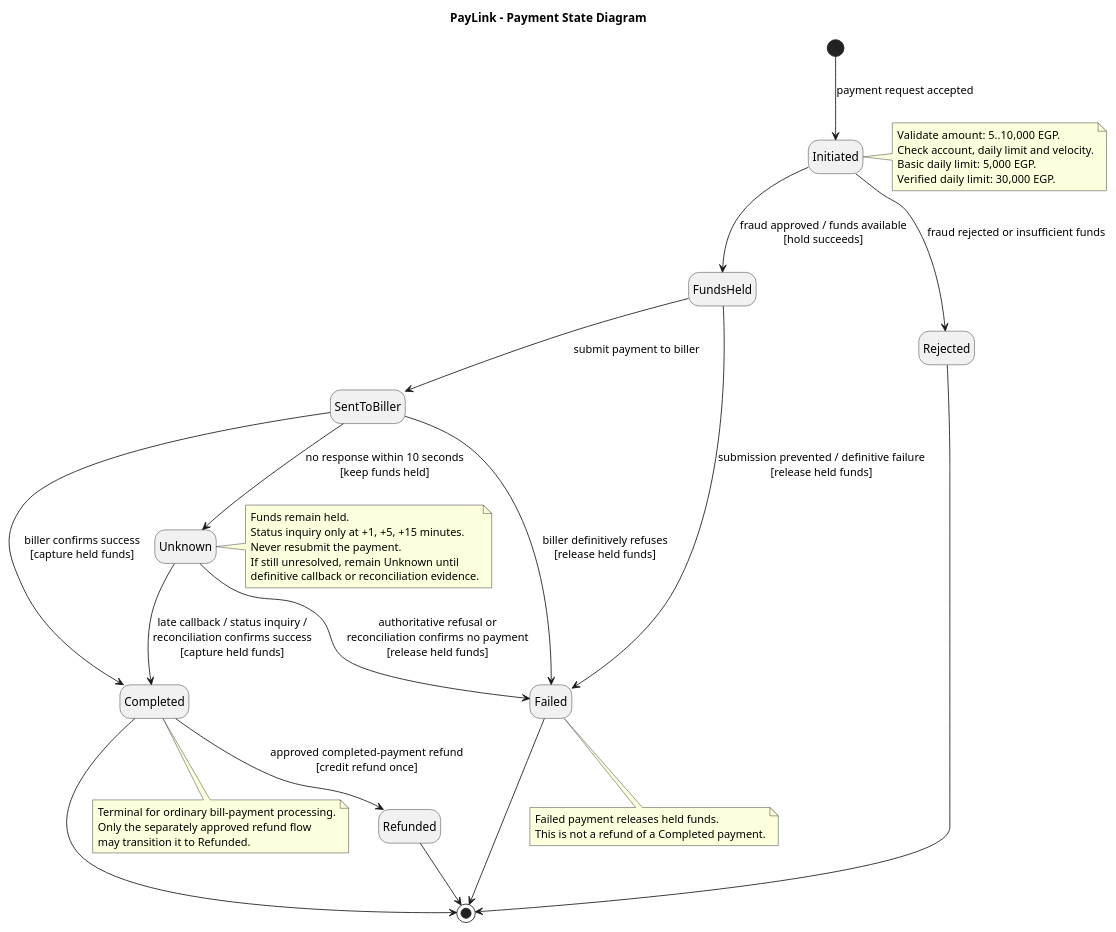
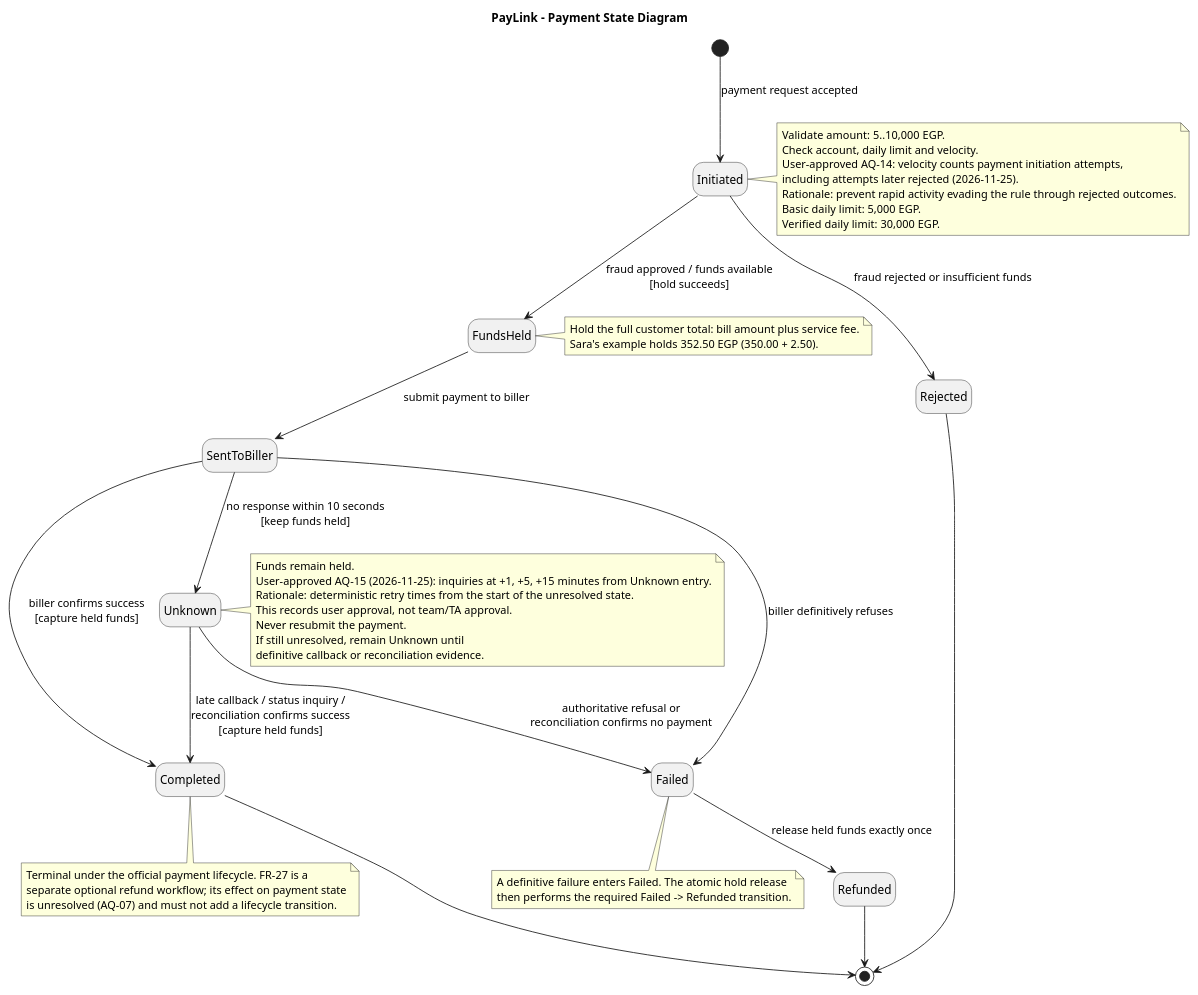
One commit to ahmed4khaled/PayLink changed the diagram in docs/design/payment-state.puml. Above: the diagram before and after it, drawn with PlantUML. The commit also changed 14 other files, not shown here.

```diff
--- a/docs/design/payment-state.puml
+++ b/docs/design/payment-state.puml
@@ -1,63 +1,70 @@
 @startuml
 title PayLink - Payment State Diagram
 skinparam shadowing false
 hide empty description
 
 [*] --> Initiated : payment request accepted
 
 state Initiated
 state FundsHeld
 state SentToBiller
 state Unknown
 state Failed
 state Completed
 state Rejected
 state Refunded
 
 Initiated --> FundsHeld : fraud approved / funds available\n[hold succeeds]
 Initiated --> Rejected : fraud rejected or insufficient funds
 
 FundsHeld --> SentToBiller : submit payment to biller
-FundsHeld --> Failed : submission prevented / definitive failure\n[release held funds]
 
 SentToBiller --> Completed : biller confirms success\n[capture held funds]
-SentToBiller --> Failed : biller definitively refuses\n[release held funds]
+SentToBiller --> Failed : biller definitively refuses
 SentToBiller --> Unknown : no response within 10 seconds\n[keep funds held]
 
 Unknown --> Completed : late callback / status inquiry /\nreconciliation confirms success\n[capture held funds]
-Unknown --> Failed : authoritative refusal or\nreconciliation confirms no payment\n[release held funds]
-
-Completed --> Refunded : approved completed-payment refund\n[credit refund once]
+Unknown --> Failed : authoritative refusal or\nreconciliation confirms no payment
 
 Rejected --> [*]
-Failed --> [*]
 Completed --> [*]
+Failed --> Refunded : release held funds exactly once
 Refunded --> [*]
 
 note right of Initiated
     Validate amount: 5..10,000 EGP.
     Check account, daily limit and velocity.
+    User-approved AQ-14: velocity counts payment initiation attempts,
+    including attempts later rejected (2026-11-25).
+    Rationale: prevent rapid activity evading the rule through rejected outcomes.
     Basic daily limit: 5,000 EGP.
     Verified daily limit: 30,000 EGP.
 end note
 
 note right of Unknown
     Funds remain held.
-    Status inquiry only at +1, +5, +15 minutes.
+    User-approved AQ-15 (2026-11-25): inquiries at +1, +5, +15 minutes from Unknown entry.
+    Rationale: deterministic retry times from the start of the unresolved state.
+    This records user approval, not team/TA approval.
     Never resubmit the payment.
     If still unresolved, remain Unknown until
     definitive callback or reconciliation evidence.
 end note
 
 note bottom of Failed
-    Failed payment releases held funds.
-    This is not a refund of a Completed payment.
+    A definitive failure enters Failed. The atomic hold release
+    then performs the required Failed -> Refunded transition.
 end note
 
 note bottom of Completed
-    Terminal for ordinary bill-payment processing.
-    Only the separately approved refund flow
-    may transition it to Refunded.
+    Terminal under the official payment lifecycle. FR-27 is a
+    separate optional refund workflow; its effect on payment state
+    is unresolved (AQ-07) and must not add a lifecycle transition.
+end note
+
+note right of FundsHeld
+    Hold the full customer total: bill amount plus service fee.
+    Sara's example holds 352.50 EGP (350.00 + 2.50).
 end note
 
 @enduml
```
